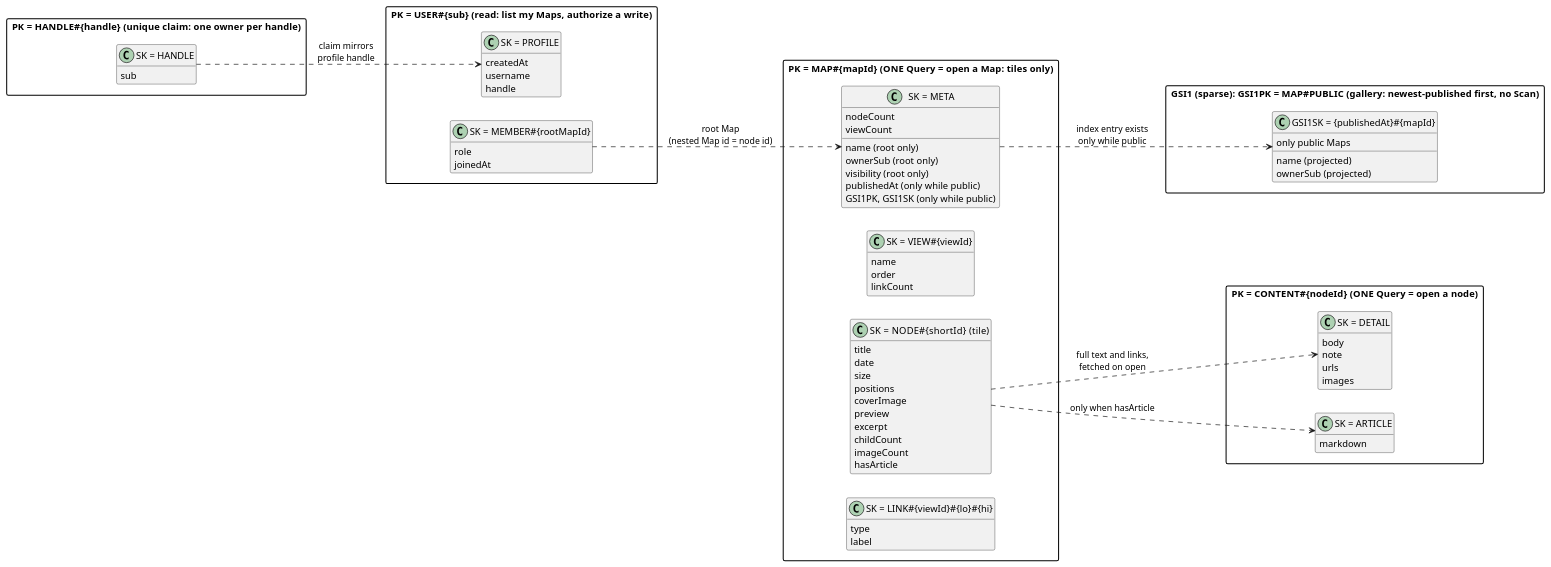
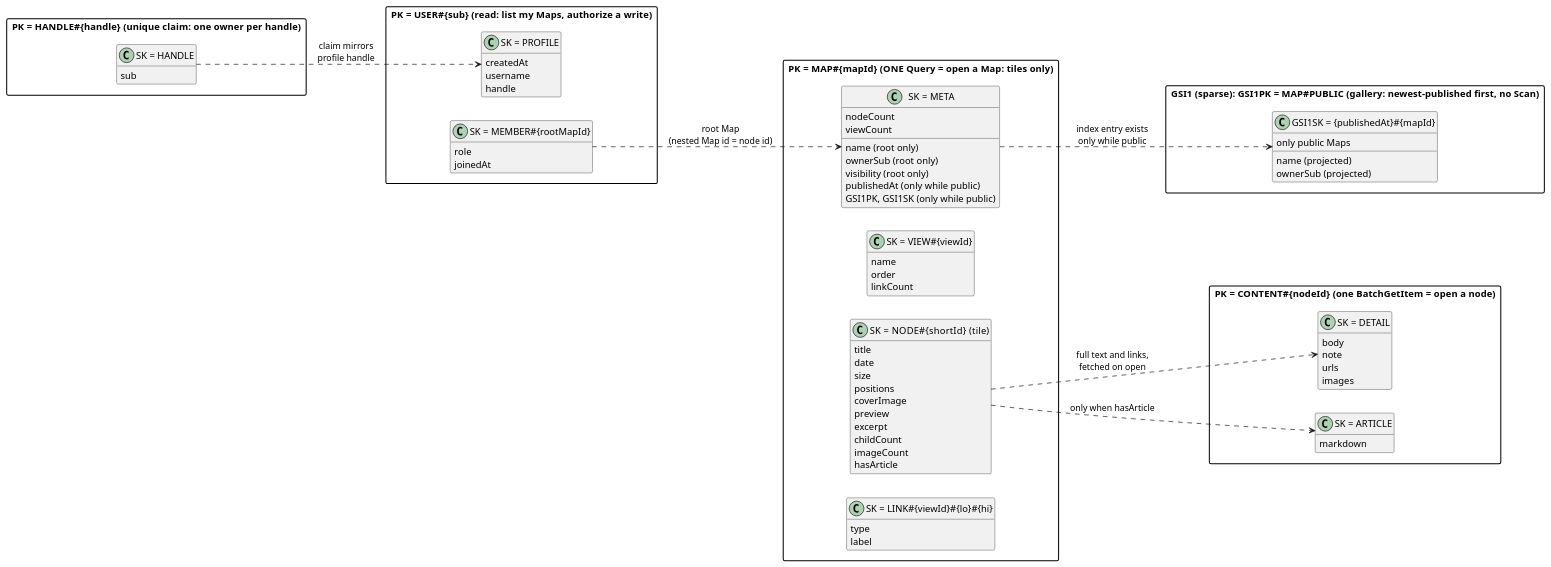
One commit to LouayBks/spiresen-saga changed the diagram in DOC/architecture/diagrams/physical_layout.puml. Above: the diagram before and after it, drawn with PlantUML. The commit also changed 8 other files, not shown here.

```diff
--- a/DOC/architecture/diagrams/physical_layout.puml
+++ b/DOC/architecture/diagrams/physical_layout.puml
@@ -1,83 +1,83 @@
 @startuml physical_layout
 hide empty members
 skinparam classAttributeIconSize 0
 skinparam packageStyle rectangle
 left to right direction
 
 package "PK = USER#{sub}   (read: list my Maps, authorize a write)" {
   class "SK = PROFILE" as U1 {
     createdAt
     username
     handle
   }
   class "SK = MEMBER#{rootMapId}" as U2 {
     role
     joinedAt
   }
 }
 
 package "PK = MAP#{mapId}   (ONE Query = open a Map: tiles only)" {
   class "SK = META" as M1 {
     name (root only)
     nodeCount
     viewCount
     ownerSub (root only)
     visibility (root only)
     publishedAt (only while public)
     GSI1PK, GSI1SK (only while public)
   }
   class "SK = VIEW#{viewId}" as M2 {
     name
     order
     linkCount
   }
   class "SK = NODE#{shortId}   (tile)" as M3 {
     title
     date
     size
     positions
     coverImage
     preview
     excerpt
     childCount
     imageCount
     hasArticle
   }
   class "SK = LINK#{viewId}#{lo}#{hi}" as M4 {
     type
     label
   }
 }
 
-package "PK = CONTENT#{nodeId}   (ONE Query = open a node)" {
+package "PK = CONTENT#{nodeId}   (one BatchGetItem = open a node)" {
   class "SK = DETAIL" as C1 {
     body
     note
     urls
     images
   }
   class "SK = ARTICLE" as C2 {
     markdown
   }
 }
 
 package "GSI1 (sparse): GSI1PK = MAP#PUBLIC   (gallery: newest-published first, no Scan)" {
   class "GSI1SK = {publishedAt}#{mapId}" as G1 {
     name (projected)
     ownerSub (projected)
     only public Maps
   }
 }
 
 package "PK = HANDLE#{handle}   (unique claim: one owner per handle)" {
   class "SK = HANDLE" as H1 {
     sub
   }
 }
 
 M3 ..> C1 : full text and links,\nfetched on open
 M3 ..> C2 : only when hasArticle
 U2 ..> M1 : root Map\n(nested Map id = node id)
 H1 ..> U1 : claim mirrors\nprofile handle
 M1 ..> G1 : index entry exists\nonly while public
 @enduml
```
